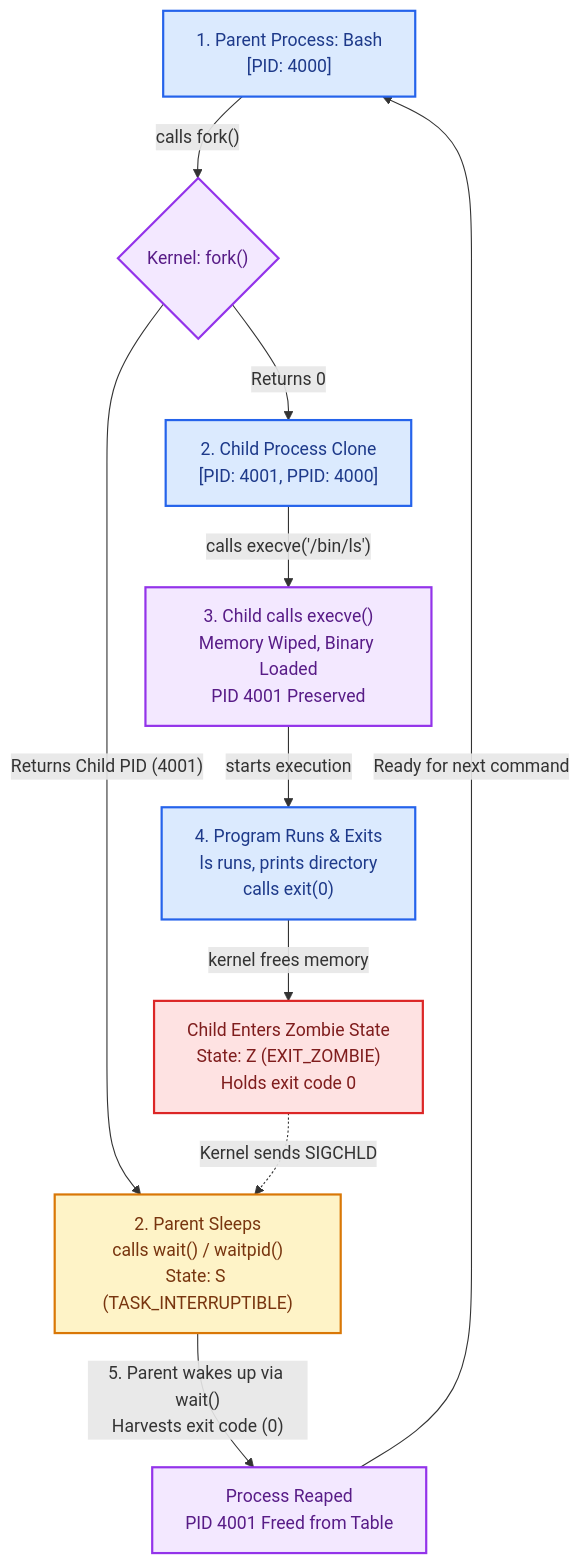
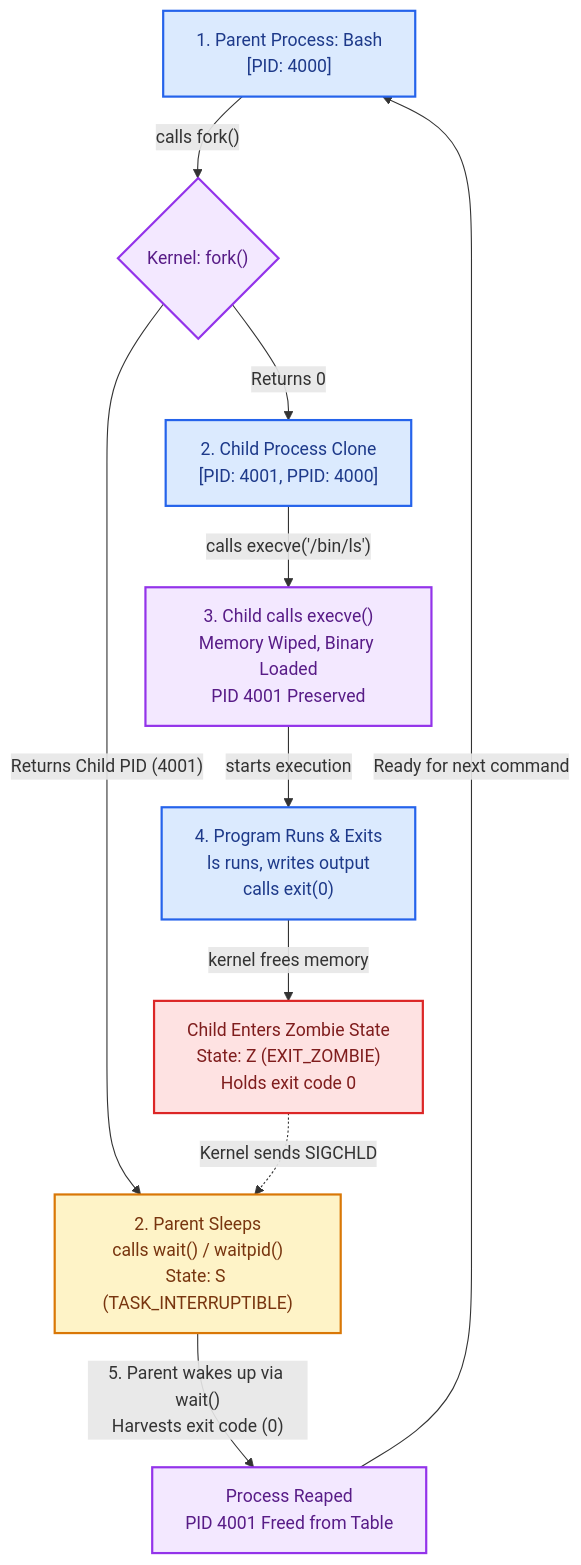
The diagram in day-01-linux-processes.md (isswansalty-tech/day-01-linux-processes), drawn with Mermaid before and after one commit. The commit also changed other lines of this file, not shown here.

````diff
--- a/day-01-linux-processes.md
+++ b/day-01-linux-processes.md
@@ -127,35 +89,34 @@
 ```mermaid
 flowchart TD
     %% Execution Loop
     ParentBash["1. Parent Process: Bash<br>[PID: 4000]"] -->|"calls fork()"| SyscallFork{"Kernel: fork()"}
     
     %% Fork Branches
     SyscallFork -->|"Returns Child PID (4001)"| ParentSleep["2. Parent Sleeps<br>calls wait() / waitpid()<br>State: S (TASK_INTERRUPTIBLE)"]
     SyscallFork -->|"Returns 0"| ChildClone["2. Child Process Clone<br>[PID: 4001, PPID: 4000]"]
     
     %% Child Transformation
     ChildClone -->|"calls execve('/bin/ls')"| ExecveTransition["3. Child calls execve()<br>Memory Wiped, Binary Loaded<br>PID 4001 Preserved"]
     
     %% Running and Exit
-    ExecveTransition -->|"starts execution"| ProgramRun["4. Program Runs & Exits<br>ls runs, prints directory<br>calls exit(0)"]
+    ExecveTransition -->|"starts execution"| ProgramRun["4. Program Runs & Exits<br>ls runs, writes output<br>calls exit(0)"]
     
     %% Zombie and Signal
     ProgramRun -->|"kernel frees memory"| ZombieState["Child Enters Zombie State<br>State: Z (EXIT_ZOMBIE)<br>Holds exit code 0"]
     
     %% Wakeup and Reap
     ZombieState -.->|"Kernel sends SIGCHLD"| ParentSleep
     ParentSleep -->|"5. Parent wakes up via wait()<br>Harvests exit code (0)"| Reaped["Process Reaped<br>PID 4001 Freed from Table"]
     Reaped -->|"Ready for next command"| ParentBash
 
-    %% Clean theme-agnostic styling
     classDef default fill:#f8fafc,stroke:#475569,stroke-width:1px,color:#0f172a;
     classDef highlight fill:#dbeafe,stroke:#2563eb,stroke-width:2px,color:#1e3a8a;
     classDef kernel fill:#f3e8ff,stroke:#9333ea,stroke-width:2px,color:#581c87;
     classDef waiting fill:#fef3c7,stroke:#d97706,stroke-width:2px,color:#78350f;
     classDef dead fill:#fee2e2,stroke:#dc2626,stroke-width:2px,color:#7f1d1d;
 
     class ParentBash,ChildClone,ProgramRun highlight;
     class SyscallFork,ExecveTransition,Reaped kernel;
     class ParentSleep waiting;
     class ZombieState dead;
 ```
````
